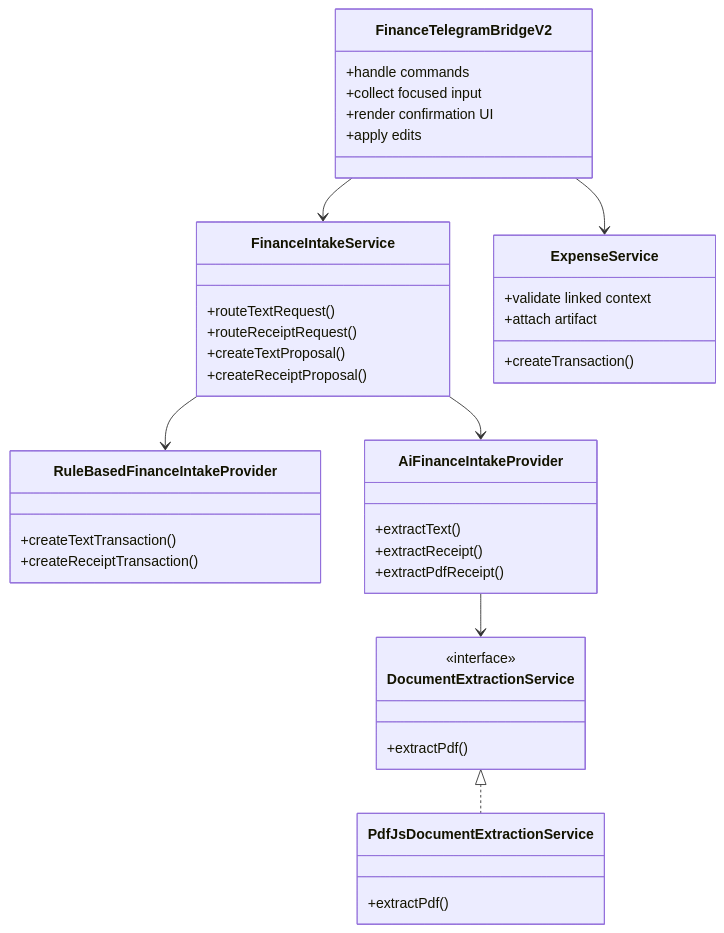
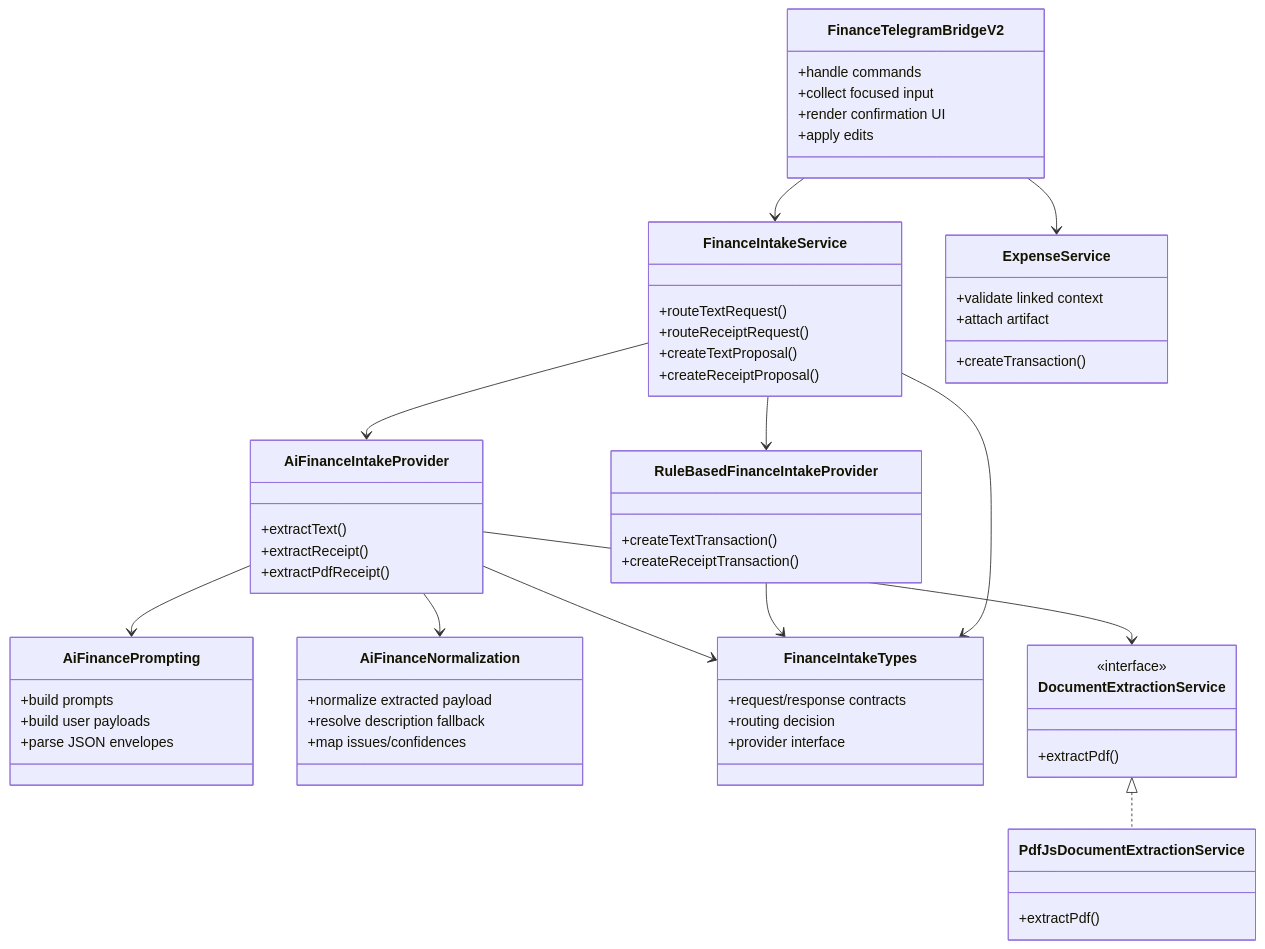
The second of 6 diagrams in docs/service-architecture.md (Xoanis/obsidian-expense-manager), drawn with Mermaid before and after one commit. The commit also changed other lines of this file and 7 other files, not shown here.

Commit message:
refactor: extract AiFinanceIntakeProvider and RuleBasedFinanceIntakeProvider from  finance-intake-service.ts

````diff
--- a/docs/service-architecture.md
+++ b/docs/service-architecture.md
@@ -31,49 +31,72 @@
 ```mermaid
 classDiagram
     class FinanceTelegramBridgeV2 {
       +handle commands
       +collect focused input
       +render confirmation UI
       +apply edits
     }
 
     class FinanceIntakeService {
       +routeTextRequest()
       +routeReceiptRequest()
       +createTextProposal()
       +createReceiptProposal()
     }
 
     class RuleBasedFinanceIntakeProvider {
       +createTextTransaction()
       +createReceiptTransaction()
     }
 
     class AiFinanceIntakeProvider {
       +extractText()
       +extractReceipt()
       +extractPdfReceipt()
     }
 
+    class AiFinancePrompting {
+      +build prompts
+      +build user payloads
+      +parse JSON envelopes
+    }
+
+    class AiFinanceNormalization {
+      +normalize extracted payload
+      +resolve description fallback
+      +map issues/confidences
+    }
+
+    class FinanceIntakeTypes {
+      +request/response contracts
+      +routing decision
+      +provider interface
+    }
+
     class DocumentExtractionService {
       <<interface>>
       +extractPdf()
     }
 
     class PdfJsDocumentExtractionService {
       +extractPdf()
     }
 
     class ExpenseService {
       +createTransaction()
       +validate linked context
       +attach artifact
     }
 
     FinanceTelegramBridgeV2 --> FinanceIntakeService
     FinanceTelegramBridgeV2 --> ExpenseService
     FinanceIntakeService --> RuleBasedFinanceIntakeProvider
     FinanceIntakeService --> AiFinanceIntakeProvider
+    FinanceIntakeService --> FinanceIntakeTypes
     AiFinanceIntakeProvider --> DocumentExtractionService
+    AiFinanceIntakeProvider --> AiFinancePrompting
+    AiFinanceIntakeProvider --> AiFinanceNormalization
+    RuleBasedFinanceIntakeProvider --> FinanceIntakeTypes
+    AiFinanceIntakeProvider --> FinanceIntakeTypes
     DocumentExtractionService <|.. PdfJsDocumentExtractionService
 ```
````
